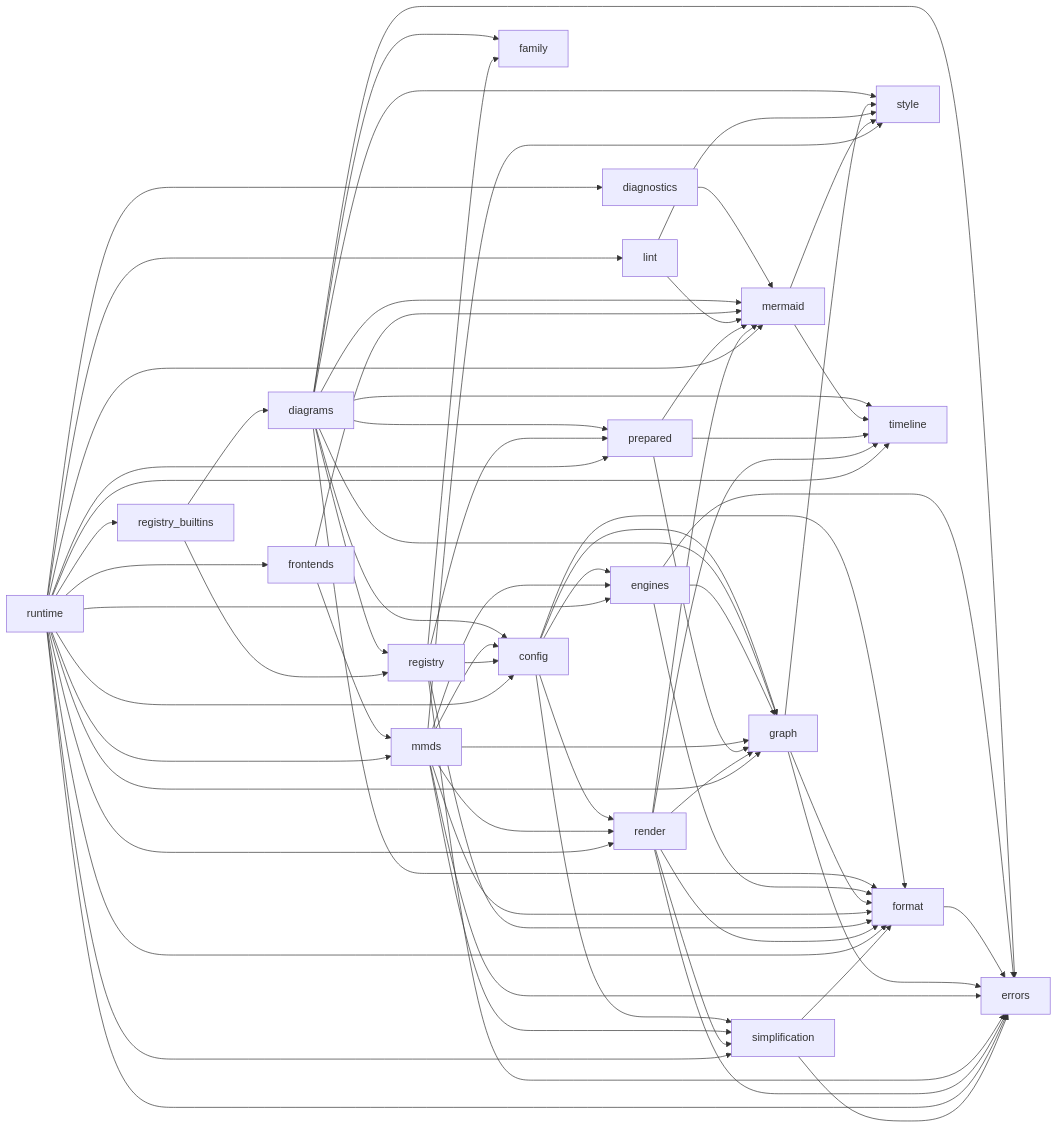
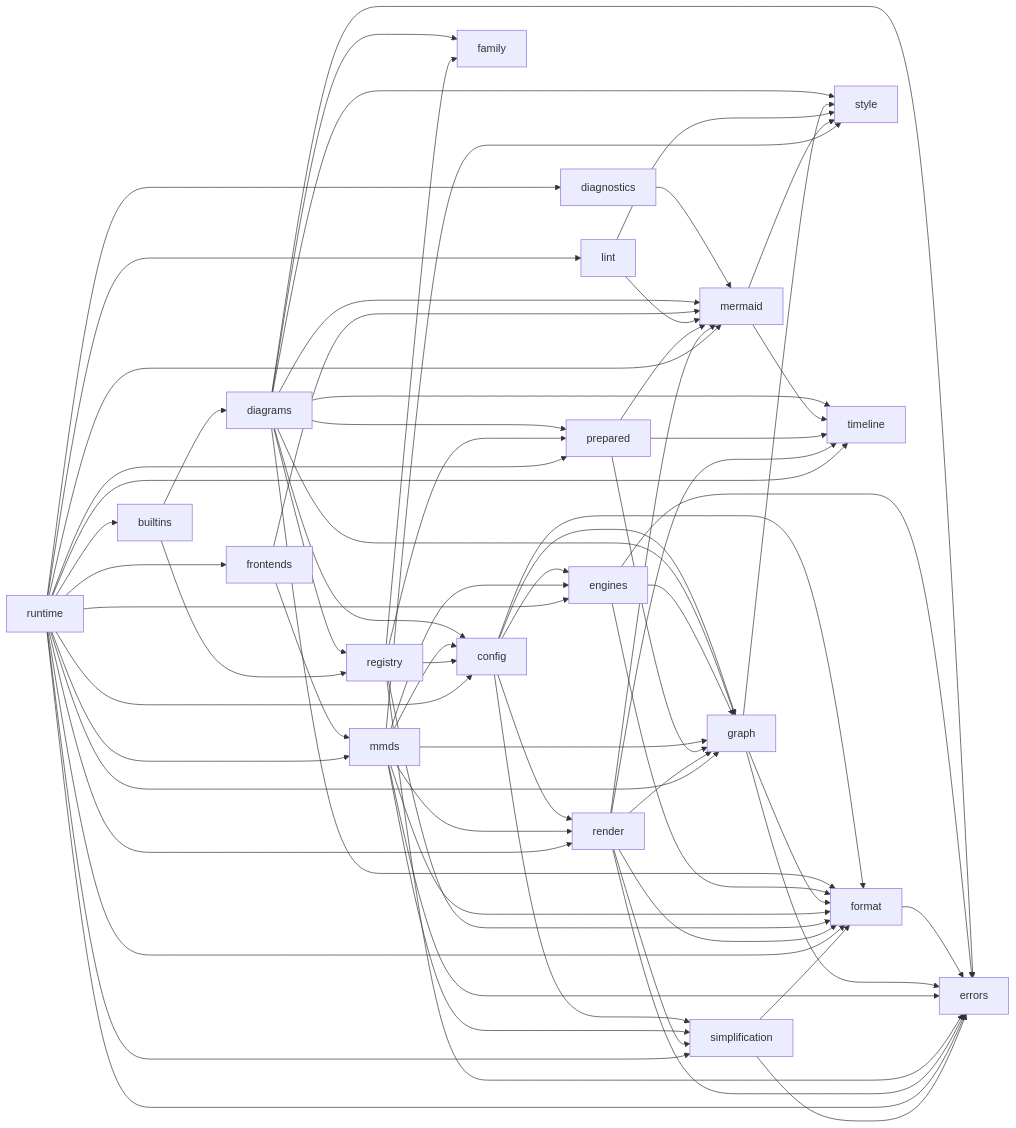
Before and after one commit to kevinswiber/mmdflux: the diagram in docs/architecture/module-dependency-map.mmd, drawn with Mermaid. The commit also changed 42 other files, not shown here.

```diff
--- a/docs/architecture/module-dependency-map.mmd
+++ b/docs/architecture/module-dependency-map.mmd
@@ -1,94 +1,94 @@
 %% Generated by scripts/generate-rust-module-deps.py
 %% crate-root: src/lib.rs
 %% max-depth: 1
 flowchart LR
     mod_config["config"]
     mod_diagnostics["diagnostics"]
     mod_diagrams["diagrams"]
     mod_engines["engines"]
     mod_errors["errors"]
     mod_family["family"]
     mod_format["format"]
     mod_frontends["frontends"]
     mod_graph["graph"]
     mod_lint["lint"]
     mod_mermaid["mermaid"]
     mod_mmds["mmds"]
     mod_prepared["prepared"]
     mod_registry["registry"]
-    mod_registry_builtins["registry_builtins"]
+    mod_builtins["builtins"]
     mod_render["render"]
     mod_runtime["runtime"]
     mod_simplification["simplification"]
     mod_style["style"]
     mod_timeline["timeline"]
     mod_config --> mod_engines
     mod_config --> mod_format
     mod_config --> mod_graph
     mod_config --> mod_render
     mod_config --> mod_simplification
     mod_diagnostics --> mod_mermaid
     mod_diagrams --> mod_config
     mod_diagrams --> mod_errors
     mod_diagrams --> mod_family
     mod_diagrams --> mod_format
     mod_diagrams --> mod_graph
     mod_diagrams --> mod_mermaid
     mod_diagrams --> mod_prepared
     mod_diagrams --> mod_registry
     mod_diagrams --> mod_style
     mod_diagrams --> mod_timeline
     mod_engines --> mod_errors
     mod_engines --> mod_format
     mod_engines --> mod_graph
     mod_format --> mod_errors
     mod_frontends --> mod_mermaid
     mod_frontends --> mod_mmds
     mod_graph --> mod_errors
     mod_graph --> mod_format
     mod_graph --> mod_style
     mod_lint --> mod_mermaid
     mod_lint --> mod_style
     mod_mermaid --> mod_style
     mod_mermaid --> mod_timeline
     mod_mmds --> mod_config
     mod_mmds --> mod_engines
     mod_mmds --> mod_errors
     mod_mmds --> mod_format
     mod_mmds --> mod_graph
     mod_mmds --> mod_render
     mod_mmds --> mod_simplification
     mod_mmds --> mod_style
     mod_prepared --> mod_graph
     mod_prepared --> mod_mermaid
     mod_prepared --> mod_timeline
     mod_registry --> mod_config
     mod_registry --> mod_errors
     mod_registry --> mod_family
     mod_registry --> mod_format
     mod_registry --> mod_prepared
-    mod_registry_builtins --> mod_diagrams
-    mod_registry_builtins --> mod_registry
+    mod_builtins --> mod_diagrams
+    mod_builtins --> mod_registry
     mod_render --> mod_errors
     mod_render --> mod_format
     mod_render --> mod_graph
     mod_render --> mod_mermaid
     mod_render --> mod_simplification
     mod_render --> mod_timeline
     mod_runtime --> mod_config
     mod_runtime --> mod_diagnostics
     mod_runtime --> mod_engines
     mod_runtime --> mod_errors
     mod_runtime --> mod_format
     mod_runtime --> mod_frontends
     mod_runtime --> mod_graph
     mod_runtime --> mod_lint
     mod_runtime --> mod_mermaid
     mod_runtime --> mod_mmds
     mod_runtime --> mod_prepared
-    mod_runtime --> mod_registry_builtins
+    mod_runtime --> mod_builtins
     mod_runtime --> mod_render
     mod_runtime --> mod_simplification
     mod_runtime --> mod_timeline
     mod_simplification --> mod_errors
     mod_simplification --> mod_format
```
